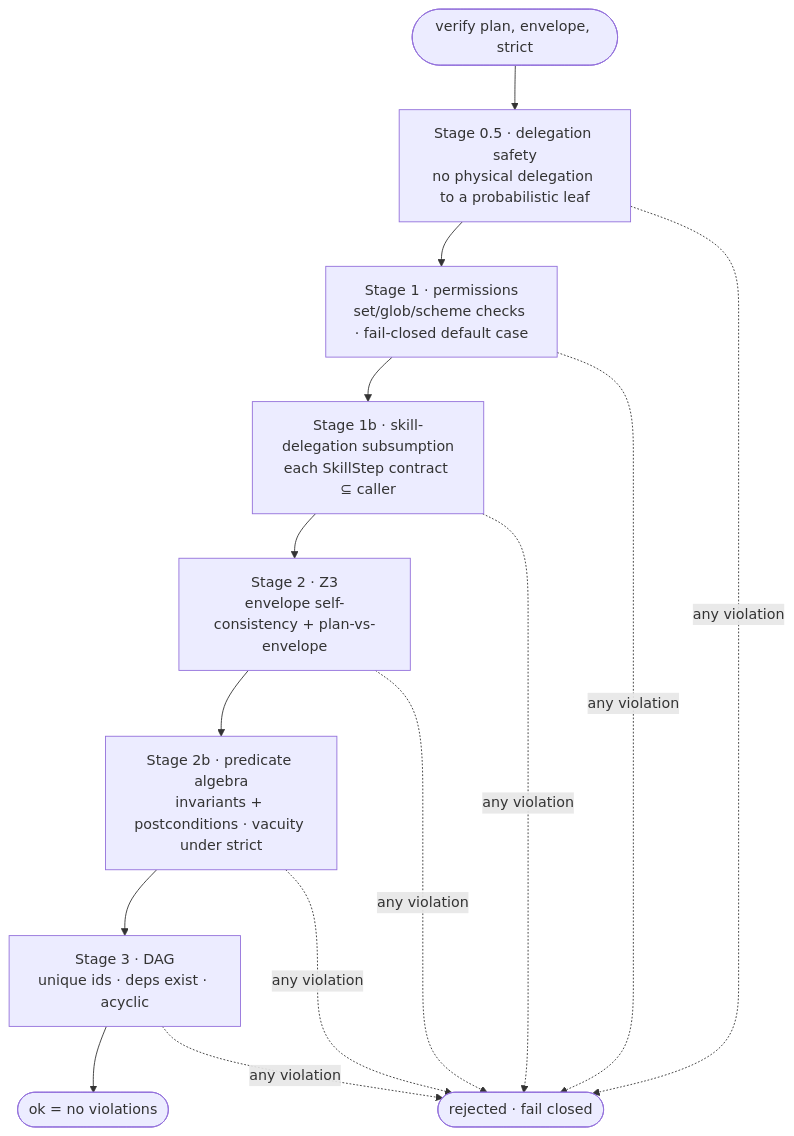
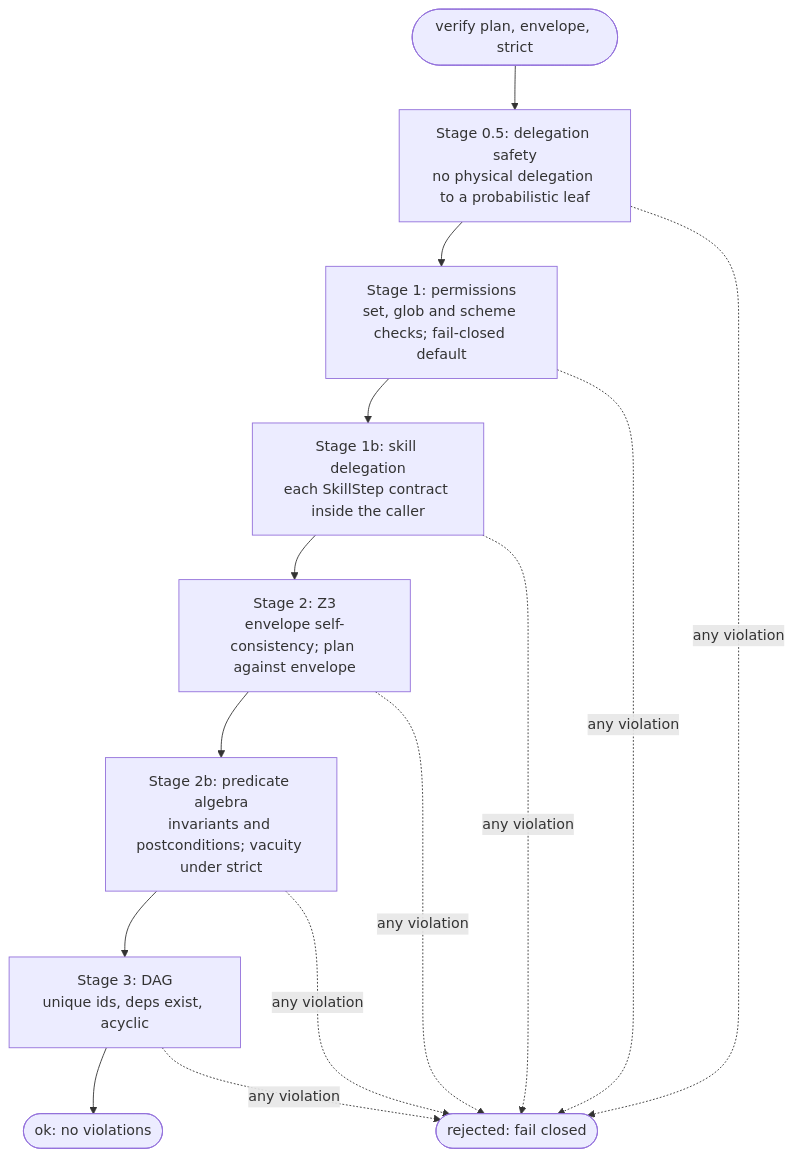
One commit to levitatingflyfisher/openDaisugi changed the third of 6 diagrams in docs/architecture/OVERVIEW.md. Above: the diagram before and after it, drawn with Mermaid. The commit also changed other lines of this file and 1918 other files, not shown here.

````diff
--- a/docs/architecture/OVERVIEW.md
+++ b/docs/architecture/OVERVIEW.md
@@ -124,11 +221,11 @@
 ```mermaid
 flowchart TB
-    start([verify plan, envelope, strict]) --> s05[Stage 0.5 · delegation safety<br/>no physical delegation to a probabilistic leaf]
-    s05 --> s1[Stage 1 · permissions<br/>set/glob/scheme checks · fail-closed default case]
-    s1 --> s1b[Stage 1b · skill-delegation subsumption<br/>each SkillStep contract ⊆ caller]
-    s1b --> s2[Stage 2 · Z3<br/>envelope self-consistency + plan-vs-envelope]
-    s2 --> s2b[Stage 2b · predicate algebra<br/>invariants + postconditions · vacuity under strict]
-    s2b --> s3[Stage 3 · DAG<br/>unique ids · deps exist · acyclic]
-    s3 --> ok([ok = no violations])
-    s05 & s1 & s1b & s2 & s2b & s3 -. any violation .-> rej([rejected · fail closed])
+    start([verify plan, envelope, strict]) --> s05[Stage 0.5: delegation safety<br/>no physical delegation to a probabilistic leaf]
+    s05 --> s1[Stage 1: permissions<br/>set, glob and scheme checks; fail-closed default]
+    s1 --> s1b[Stage 1b: skill delegation<br/>each SkillStep contract inside the caller]
+    s1b --> s2[Stage 2: Z3<br/>envelope self-consistency; plan against envelope]
+    s2 --> s2b[Stage 2b: predicate algebra<br/>invariants and postconditions; vacuity under strict]
+    s2b --> s3[Stage 3: DAG<br/>unique ids, deps exist, acyclic]
+    s3 --> ok([ok: no violations])
+    s05 & s1 & s1b & s2 & s2b & s3 -. any violation .-> rej([rejected: fail closed])
 ```
````
